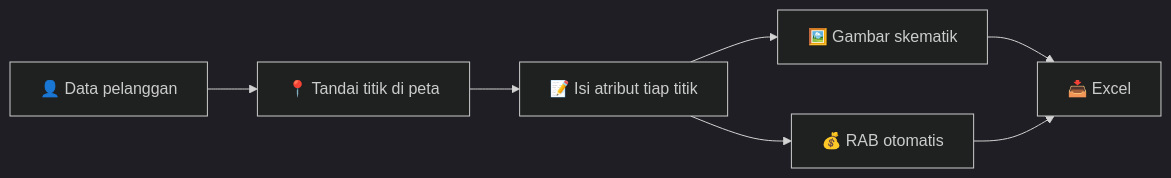
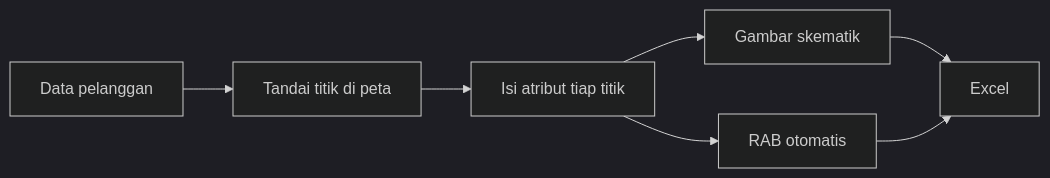
One commit to alyafarhania/digitalisasi-survei-pln changed the diagram in README.md. Above: the diagram before and after it, drawn with Mermaid (dark theme). The commit also changed other lines of this file, not shown here.

````diff
--- a/README.md
+++ b/README.md
@@ -30,9 +30,9 @@
 ```mermaid
 flowchart LR
-    A[👤 Data pelanggan] --> B[📍 Tandai titik di peta]
-    B --> C[📝 Isi atribut tiap titik]
-    C --> D[🖼️ Gambar skematik]
-    C --> E[💰 RAB otomatis]
-    D --> F[📥 Excel]
+    A[Data pelanggan] --> B[Tandai titik di peta]
+    B --> C[Isi atribut tiap titik]
+    C --> D[Gambar skematik]
+    C --> E[RAB otomatis]
+    D --> F[Excel]
     E --> F
 ```
````
